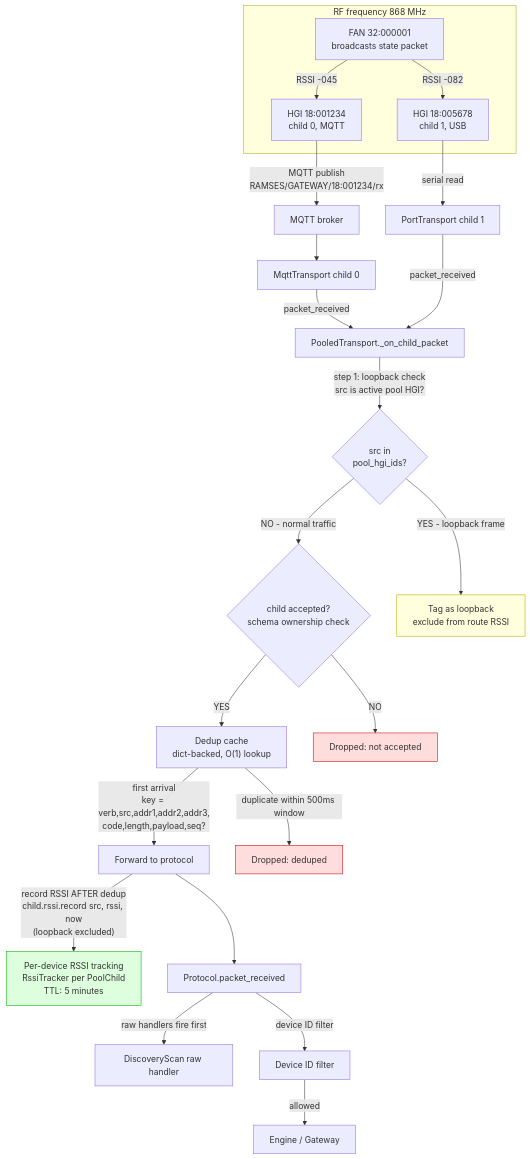
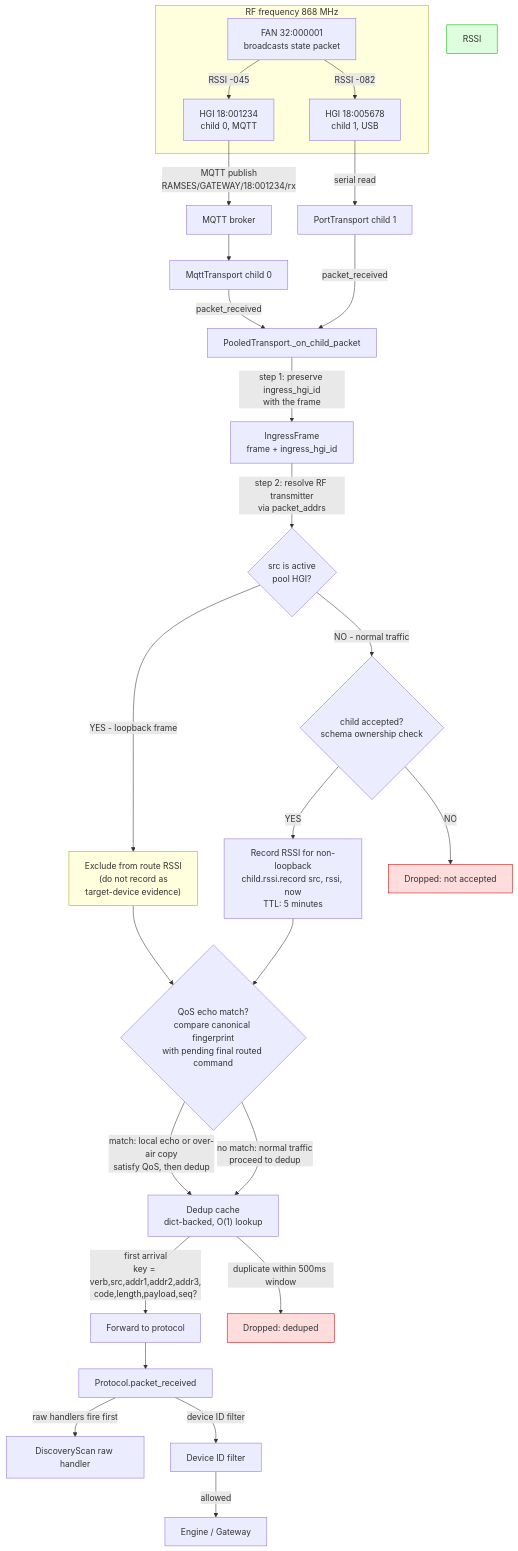
Before and after one commit to ramses-rf/ramses_cc: the diagram in docs/diagrams/01_inbound_dedup.md, drawn with Mermaid. The commit also changed other lines of this file and 4 other files, not shown here.

First line of the commit message:
docs: fix diagram accuracy after fact-check against plan

````diff
--- a/docs/diagrams/01_inbound_dedup.md
+++ b/docs/diagrams/01_inbound_dedup.md
@@ -3,37 +3,43 @@
 ```mermaid
 flowchart TD
     FAN["FAN 32:000001<br/>broadcasts state packet"]
 
     subgraph RF["RF frequency 868 MHz"]
         FAN -->|"RSSI -045"| HGI1["HGI 18:001234<br/>child 0, MQTT"]
         FAN -->|"RSSI -082"| HGI2["HGI 18:005678<br/>child 1, USB"]
     end
 
     HGI1 -->|"MQTT publish<br/>RAMSES/GATEWAY/18:001234/rx"| MQTT["MQTT broker"]
     MQTT --> MqttTransport0["MqttTransport child 0"]
     HGI2 -->|"serial read"| PortTransport1["PortTransport child 1"]
 
     MqttTransport0 -->|"packet_received"| Pool["PooledTransport._on_child_packet"]
     PortTransport1 -->|"packet_received"| Pool
 
-    Pool -->|"step 1: loopback check<br/>src is active pool HGI?"| LoopCheck{"src in<br/>pool_hgi_ids?"}
+    Pool -->|"step 1: preserve ingress_hgi_id<br/>with the frame"| Provenance["IngressFrame<br/>frame + ingress_hgi_id"]
+    Provenance -->|"step 2: resolve RF transmitter<br/>via packet_addrs"| LoopCheck{"src is active<br/>pool HGI?"}
     LoopCheck -->|"NO - normal traffic"| AcceptCheck{"child accepted?<br/>schema ownership check"}
-    LoopCheck -->|"YES - loopback frame"| LoopTag["Tag as loopback<br/>exclude from route RSSI"]
+    LoopCheck -->|"YES - loopback frame"| LoopTag["Exclude from route RSSI<br/>(do not record as<br/>target-device evidence)"]
 
-    AcceptCheck -->|"YES"| Dedup["Dedup cache<br/>dict-backed, O(1) lookup"]
+    AcceptCheck -->|"YES"| RecordRSSI["Record RSSI for non-loopback<br/>child.rssi.record src, rssi, now<br/>TTL: 5 minutes"]
     AcceptCheck -->|"NO"| Drop["Dropped: not accepted"]
+
+    LoopTag --> EchoCheck{"QoS echo match?<br/>compare canonical fingerprint<br/>with pending final routed command"}
+    RecordRSSI --> EchoCheck
+
+    EchoCheck -->|"match: local echo or over-air copy<br/>satisfy QoS, then dedup"| Dedup["Dedup cache<br/>dict-backed, O(1) lookup"]
+    EchoCheck -->|"no match: normal traffic<br/>proceed to dedup"| Dedup
 
     Dedup -->|"first arrival<br/>key = verb,src,addr1,addr2,addr3,<br/>code,length,payload,seq?"| Forward["Forward to protocol"]
     Dedup -->|"duplicate within 500ms window"| DedupDrop["Dropped: deduped"]
 
-    Forward -->|"record RSSI AFTER dedup<br/>child.rssi.record src, rssi, now<br/>(loopback excluded)"| RSSI["Per-device RSSI tracking<br/>RssiTracker per PoolChild<br/>TTL: 5 minutes"]
     Forward --> Proto["Protocol.packet_received"]
     Proto -->|"raw handlers fire first"| Scan["DiscoveryScan raw handler"]
     Proto -->|"device ID filter"| Filter["Device ID filter"]
     Filter -->|"allowed"| Engine["Engine / Gateway"]
 
     style DedupDrop fill:#fdd,stroke:#c00
     style Drop fill:#fdd,stroke:#c00
     style RSSI fill:#dfd,stroke:#0a0
     style LoopTag fill:#ffd,stroke:#aa0
 ```
````
